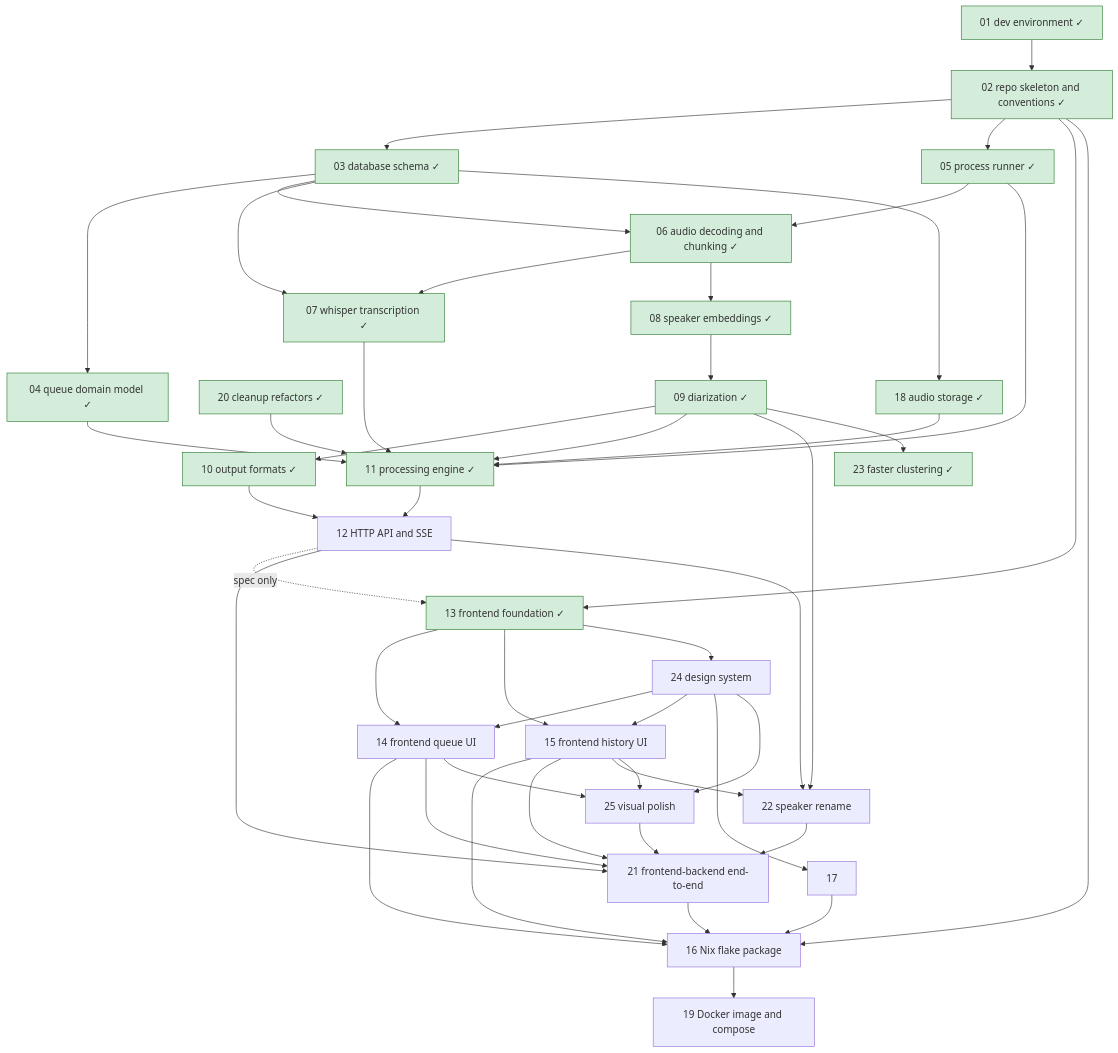
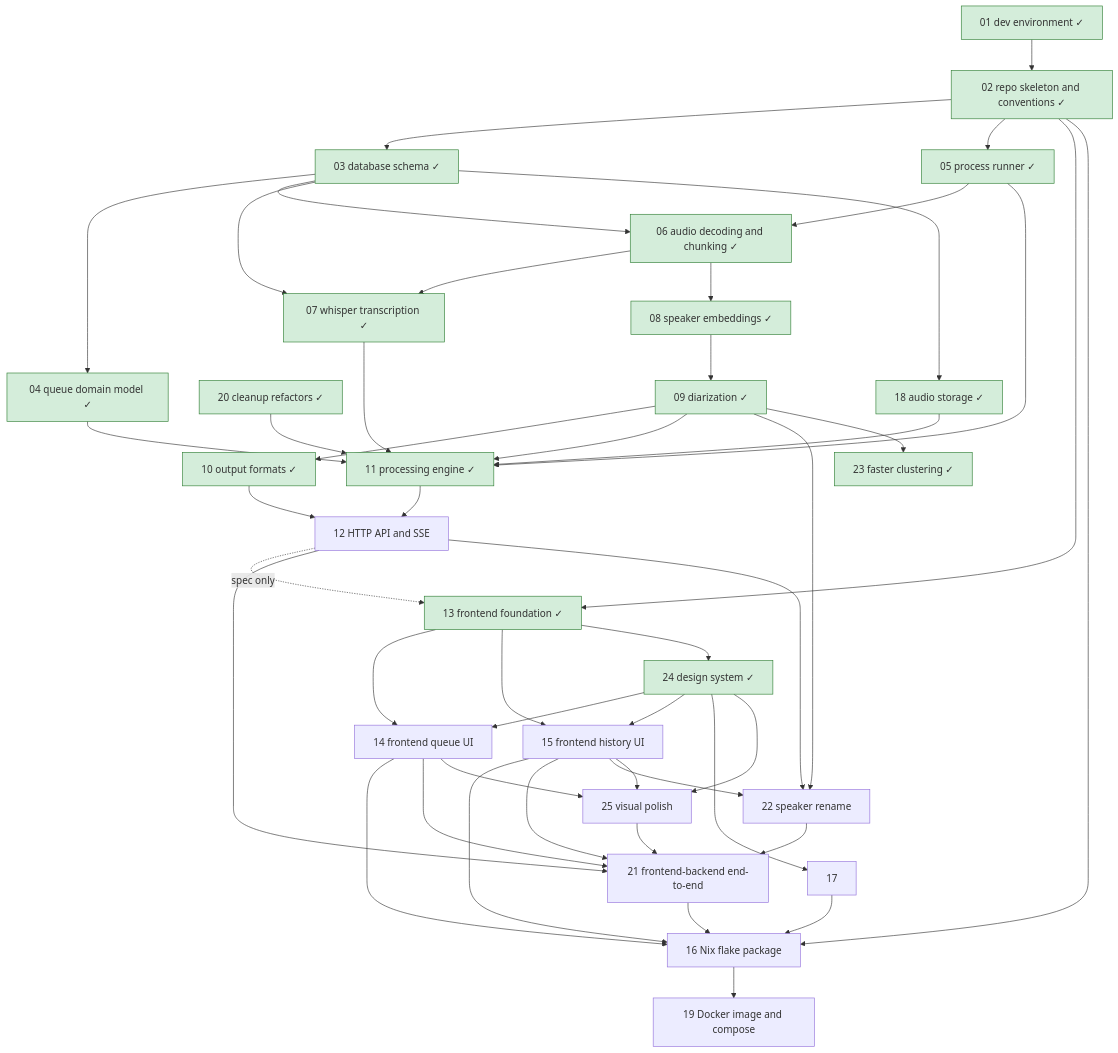
Before and after one commit to lulu-berlin/speech-to-text-app: the diagram in roadmap/README.md, drawn with Mermaid. The commit also changed other lines of this file and 5 other files, not shown here.

Commit message:
Complete roadmap item 24: move spec to docs/specs/design-system.md

````diff
--- a/roadmap/README.md
+++ b/roadmap/README.md
@@ -17,51 +17,51 @@
 ```mermaid
 graph TD
   01[01 dev environment ✓]:::done --> 02[02 repo skeleton and conventions ✓]:::done
   02 --> 03[03 database schema ✓]:::done
   03 --> 04[04 queue domain model ✓]:::done
   02 --> 05[05 process runner ✓]:::done
   05 --> 06[06 audio decoding and chunking ✓]:::done
   03 --> 06
   06 --> 07[07 whisper transcription ✓]:::done
   03 --> 07
   06 --> 08[08 speaker embeddings ✓]:::done
   08 --> 09[09 diarization ✓]:::done
   09 --> 10[10 output formats ✓]:::done
   04 --> 11[11 processing engine ✓]:::done
   05 --> 11
   07 --> 11
   09 --> 11
   03 --> 18[18 audio storage ✓]:::done
   18 --> 11
   20 --> 11
   11 --> 12[12 HTTP API and SSE]
   10 --> 12
   02 --> 13[13 frontend foundation ✓]:::done
   12 -. spec only .-> 13
   13 --> 14[14 frontend queue UI]
   13 --> 15[15 frontend history UI]
   02 --> 16[16 Nix flake package]
   14 --> 16
   15 --> 16
   17 --> 16
   20[20 cleanup refactors ✓]:::done
   12 --> 21[21 frontend-backend end-to-end]
   14 --> 21
   15 --> 21
   22 --> 21
   25 --> 21
   16 --> 19[19 Docker image and compose]
   21 --> 16
   09 --> 22[22 speaker rename]
   12 --> 22
   15 --> 22
   09 --> 23[23 faster clustering ✓]:::done
-  13 --> 24[24 design system]
+  13 --> 24[24 design system ✓]:::done
   24 --> 14
   24 --> 15
   24 --> 17
   24 --> 25[25 visual polish]
   14 --> 25
   15 --> 25
   classDef done fill:#d4edda,stroke:#2e7d32
 ```
````
